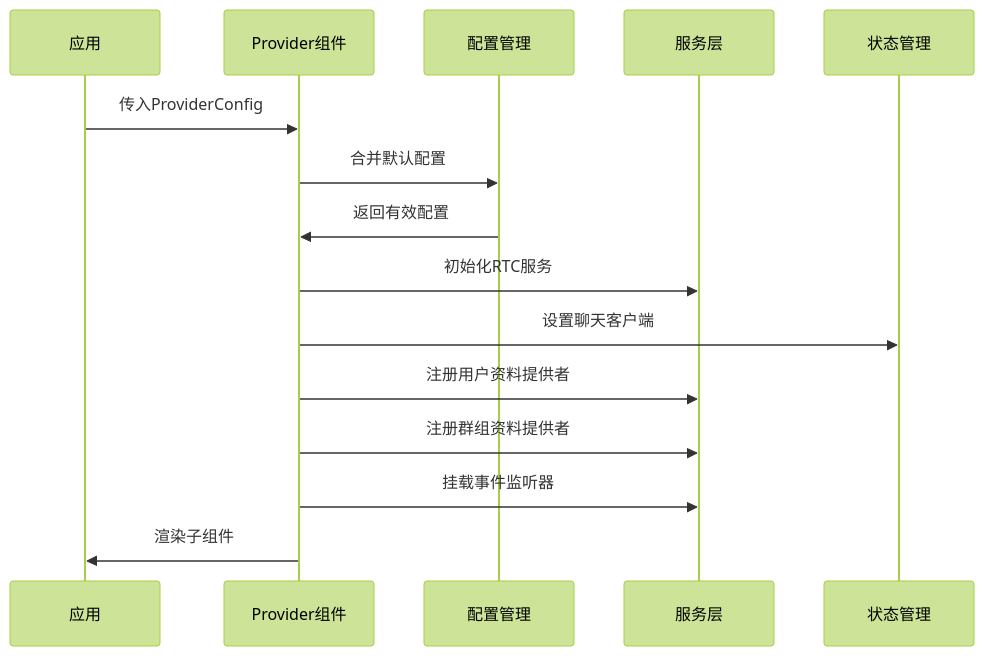
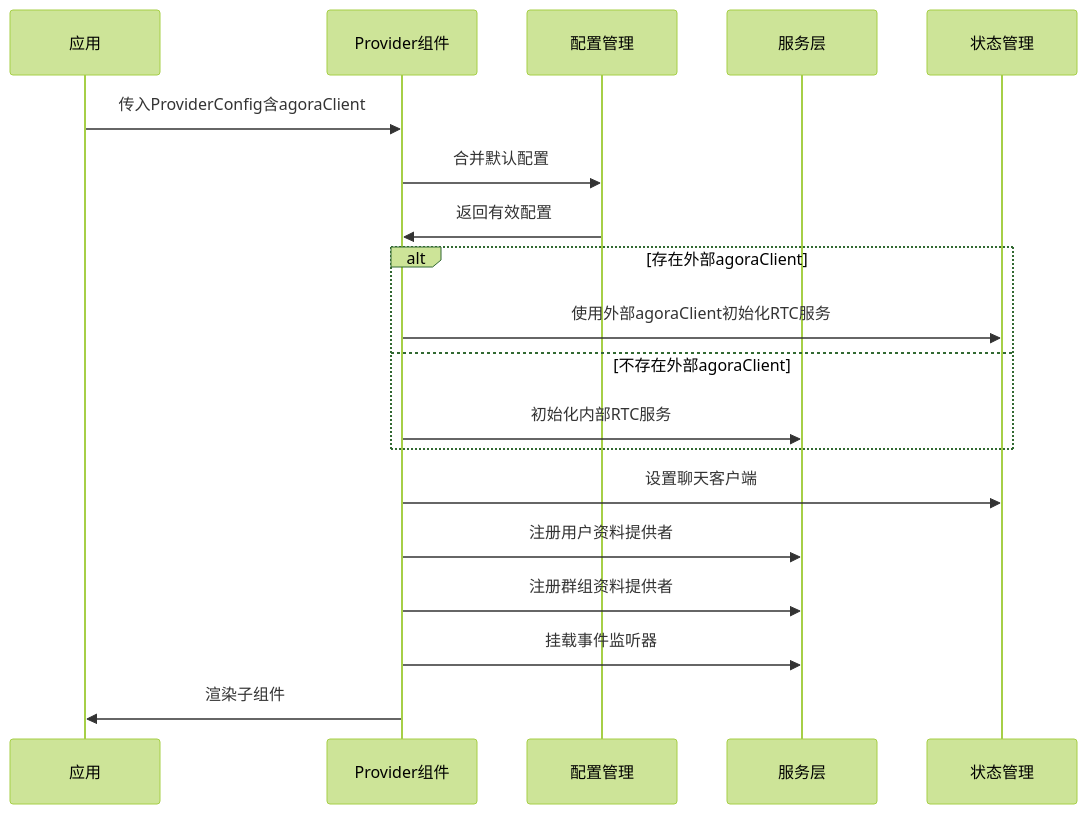
One commit to Easemob-Community/easemob-uikit-callkit-vue3 changed the fourth of 8 diagrams in .qoder/repowiki/zh/content/Provider Config Interface.md. Above: the diagram before and after it, drawn with Mermaid (forest theme). The commit also changed other lines of this file and 6 other files, not shown here.

````diff
--- a/.qoder/repowiki/zh/content/Provider Config Interface.md
+++ b/.qoder/repowiki/zh/content/Provider Config Interface.md
@@ -172,17 +196,21 @@
 ```mermaid
 sequenceDiagram
 participant App as 应用
 participant Provider as Provider组件
 participant Config as 配置管理
 participant Services as 服务层
 participant Stores as 状态管理
-App->>Provider : 传入ProviderConfig
+App->>Provider : 传入ProviderConfig含agoraClient
 Provider->>Config : 合并默认配置
 Config->>Provider : 返回有效配置
-Provider->>Services : 初始化RTC服务
+alt 存在外部agoraClient
+Provider->>Stores : 使用外部agoraClient初始化RTC服务
+else 不存在外部agoraClient
+Provider->>Services : 初始化内部RTC服务
+end
 Provider->>Stores : 设置聊天客户端
 Provider->>Services : 注册用户资料提供者
 Provider->>Services : 注册群组资料提供者
 Provider->>Services : 挂载事件监听器
 Provider->>App : 渲染子组件
 ```
````
